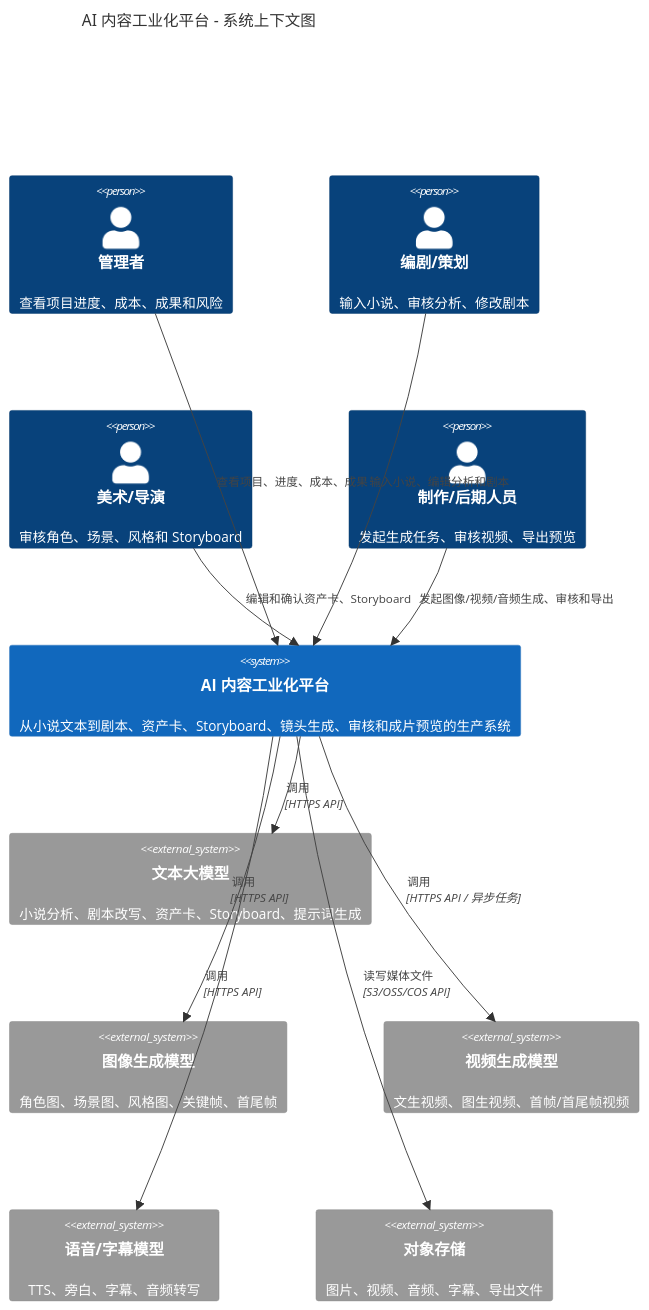
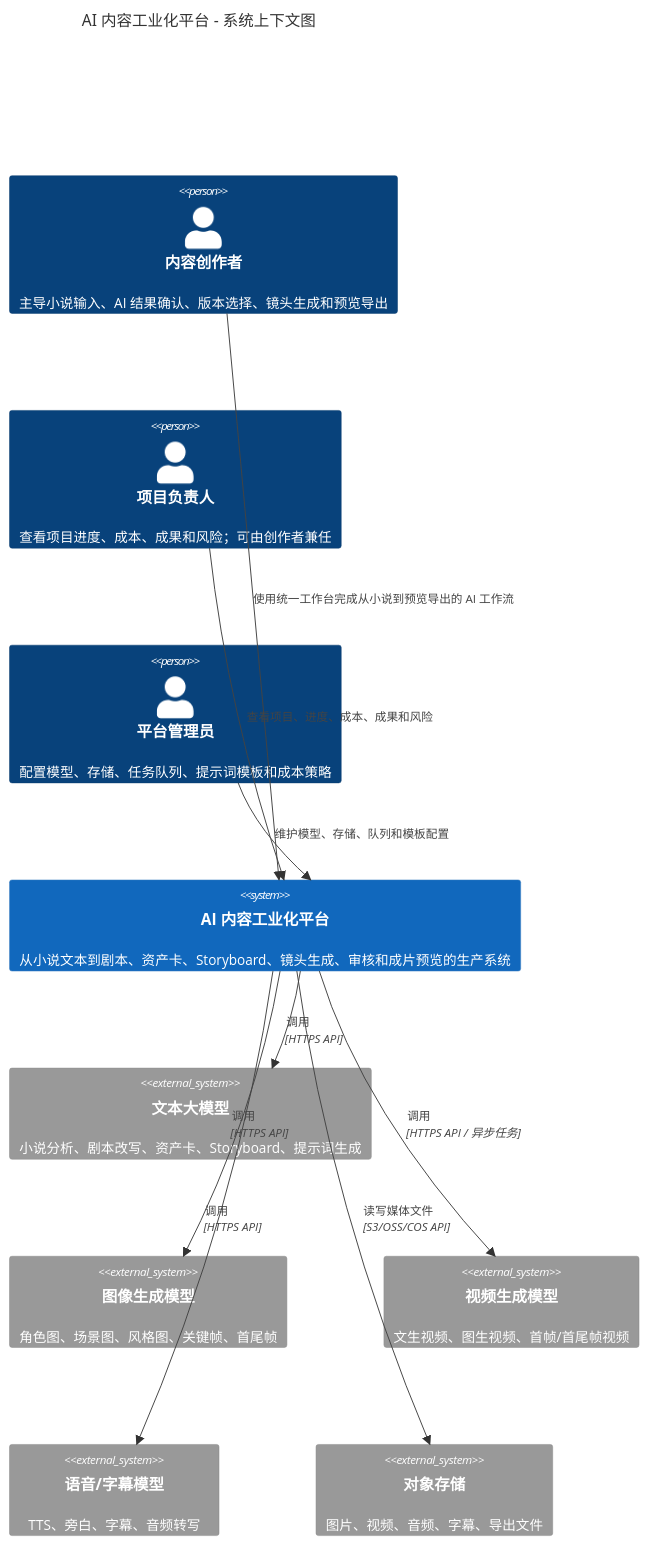
Before and after one commit to pleasureswx123/cine-forge: the first of 21 diagrams in docs/10-C4模型流程图架构图时序图.md, drawn with Mermaid. The commit also changed other lines of this file and 20 other files, not shown here.

````diff
--- a/docs/10-C4模型流程图架构图时序图.md
+++ b/docs/10-C4模型流程图架构图时序图.md
@@ -42,28 +42,26 @@
 ```mermaid
 C4Context
     title AI 内容工业化平台 - 系统上下文图
 
-    Person(manager, "管理者", "查看项目进度、成本、成果和风险")
-    Person(writer, "编剧/策划", "输入小说、审核分析、修改剧本")
-    Person(artist, "美术/导演", "审核角色、场景、风格和 Storyboard")
-    Person(producer, "制作/后期人员", "发起生成任务、审核视频、导出预览")
+    Person(creator, "内容创作者", "主导小说输入、AI 结果确认、版本选择、镜头生成和预览导出")
+    Person(owner, "项目负责人", "查看项目进度、成本、成果和风险；可由创作者兼任")
+    Person(admin, "平台管理员", "配置模型、存储、任务队列、提示词模板和成本策略")
 
     System(platform, "AI 内容工业化平台", "从小说文本到剧本、资产卡、Storyboard、镜头生成、审核和成片预览的生产系统")
 
     System_Ext(textLLM, "文本大模型", "小说分析、剧本改写、资产卡、Storyboard、提示词生成")
     System_Ext(imageModel, "图像生成模型", "角色图、场景图、风格图、关键帧、首尾帧")
     System_Ext(videoModel, "视频生成模型", "文生视频、图生视频、首帧/首尾帧视频")
     System_Ext(audioModel, "语音/字幕模型", "TTS、旁白、字幕、音频转写")
     System_Ext(objectStorage, "对象存储", "图片、视频、音频、字幕、导出文件")
 
-    Rel(manager, platform, "查看项目、进度、成本、成果")
-    Rel(writer, platform, "输入小说、编辑分析和剧本")
-    Rel(artist, platform, "编辑和确认资产卡、Storyboard")
-    Rel(producer, platform, "发起图像/视频/音频生成、审核和导出")
+    Rel(creator, platform, "使用统一工作台完成从小说到预览导出的 AI 工作流")
+    Rel(owner, platform, "查看项目、进度、成本、成果和风险")
+    Rel(admin, platform, "维护模型、存储、队列和模板配置")
 
     Rel(platform, textLLM, "调用", "HTTPS API")
     Rel(platform, imageModel, "调用", "HTTPS API")
     Rel(platform, videoModel, "调用", "HTTPS API / 异步任务")
     Rel(platform, audioModel, "调用", "HTTPS API")
     Rel(platform, objectStorage, "读写媒体文件", "S3/OSS/COS API")
 ```
````
